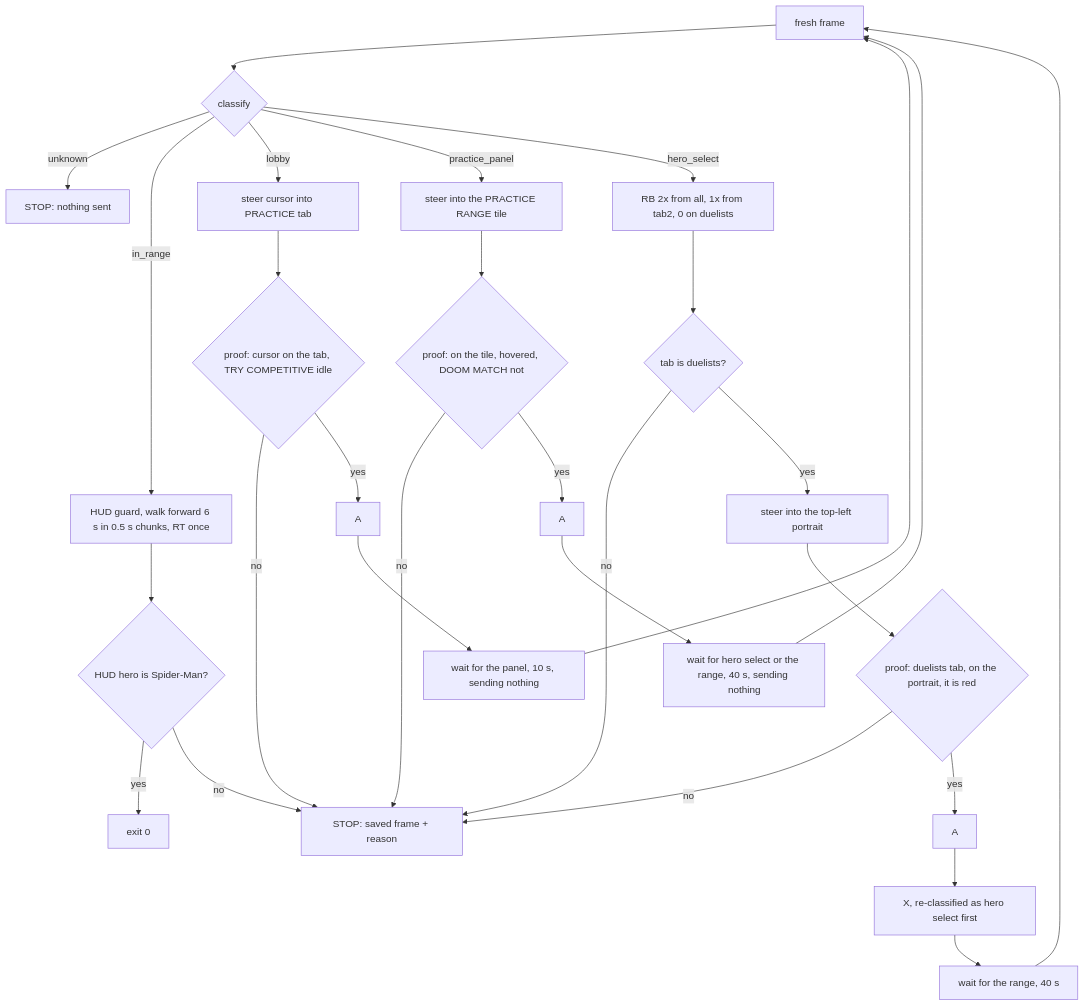
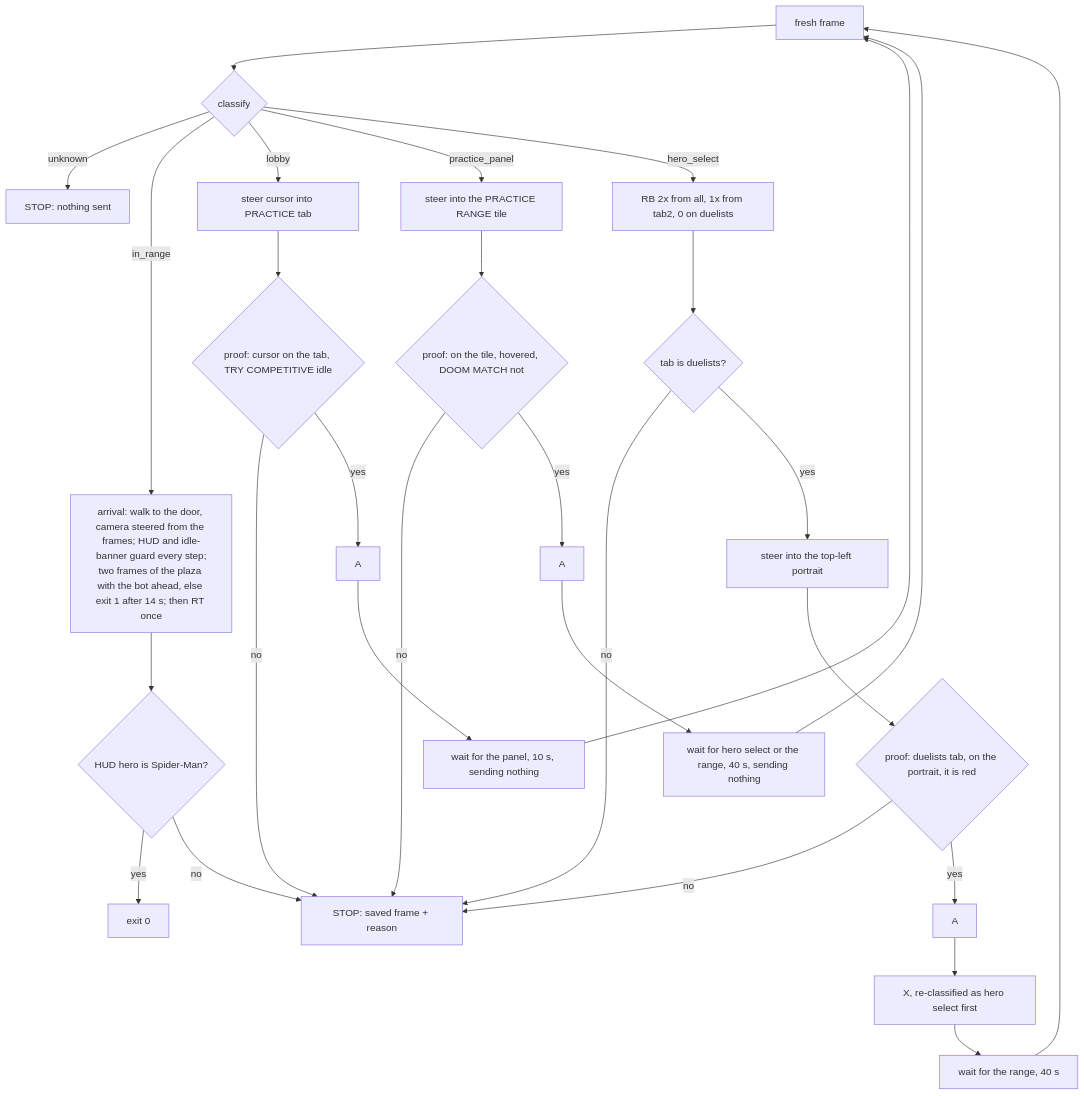
One commit to Volpestyle/rivals-agent changed the diagram in docs/lanes/reentry.md. Above: the diagram before and after it, drawn with Mermaid. The commit also changed other lines of this file and 12 other files, not shown here.

````diff
--- a/docs/lanes/reentry.md
+++ b/docs/lanes/reentry.md
@@ -26,22 +29,22 @@
 ```mermaid
 flowchart TD
   F[fresh frame] --> C{classify}
   C -->|unknown| X1[STOP: nothing sent]
   C -->|in_range| ARR
   C -->|lobby| L1[steer cursor into PRACTICE tab]
   L1 --> LP{"proof: cursor on the tab, TRY COMPETITIVE idle"}
   LP -->|no| X2[STOP: saved frame + reason]
   LP -->|yes| LA[A] --> LW[wait for the panel, 10 s, sending nothing]
   LW --> F
   C -->|practice_panel| P1[steer into the PRACTICE RANGE tile] --> PP{"proof: on the tile, hovered, DOOM MATCH not"}
   PP -->|no| X2
   PP -->|yes| PA[A] --> PW["wait for hero select or the range, 40 s, sending nothing"] --> F
   C -->|hero_select| H1["RB 2x from all, 1x from tab2, 0 on duelists"] --> H2{tab is duelists?}
   H2 -->|no| X2
   H2 -->|yes| H3[steer into the top-left portrait] --> HP{"proof: duelists tab, on the portrait, it is red"}
   HP -->|no| X2
   HP -->|yes| HA[A] --> HX["X, re-classified as hero select first"] --> HW[wait for the range, 40 s] --> F
-  ARR["HUD guard, walk forward 6 s in 0.5 s chunks, RT once"] --> Z{"HUD hero is Spider-Man?"}
+  ARR["arrival: walk to the door, camera steered from the frames; HUD and idle-banner guard every step;<br/>two frames of the plaza with the bot ahead, else exit 1 after 14 s; then RT once"] --> Z{"HUD hero is Spider-Man?"}
   Z -->|yes| OK[exit 0]
   Z -->|no| X2
 ```
````
